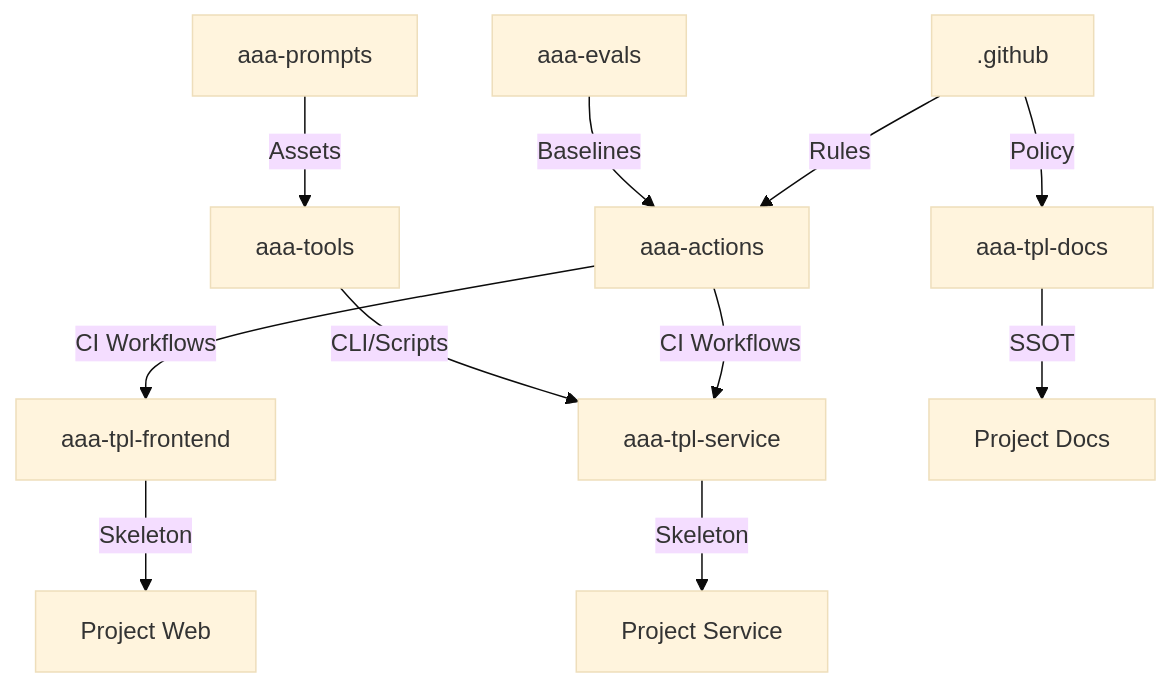
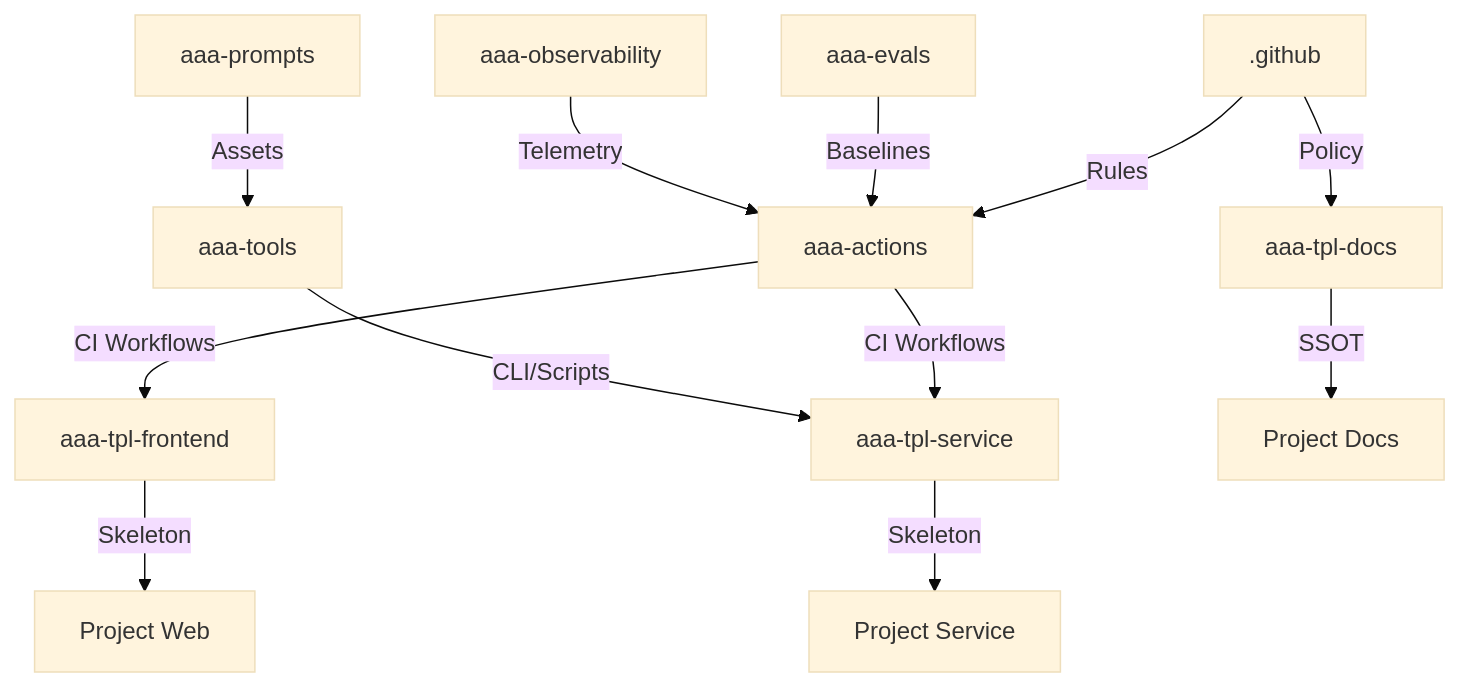
Before and after one commit to ai-asset-architecture/.github: the diagram in README.md, drawn with Mermaid (base theme). The commit also changed other lines of this file and 3 other files, not shown here.

````diff
--- a/README.md
+++ b/README.md
@@ -37,19 +37,20 @@
 ```mermaid
 graph TD
     %% Governance Layer
     GOV[.github] -->|Rules| ACTIONS[aaa-actions]
     GOV -->|Policy| TPL_DOCS[aaa-tpl-docs]
     
     %% Asset Layer
     ACTIONS -->|CI Workflows| TPL_SVC[aaa-tpl-service]
     ACTIONS -->|CI Workflows| TPL_WEB[aaa-tpl-frontend]
     TOOLS[aaa-tools] -->|CLI/Scripts| TPL_SVC
     EVALS[aaa-evals] -->|Baselines| ACTIONS
     PROMPTS[aaa-prompts] -->|Assets| TOOLS
+    OBS[aaa-observability] -->|Telemetry| ACTIONS
 
     %% Template Layer (Consumers)
     TPL_DOCS -->|SSOT| NEW_PROJ_DOCS[Project Docs]
     TPL_SVC -->|Skeleton| NEW_PROJ_SVC[Project Service]
     TPL_WEB -->|Skeleton| NEW_PROJ_WEB[Project Web]
 
 ```
````
